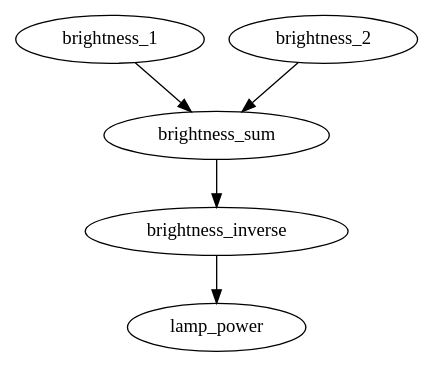
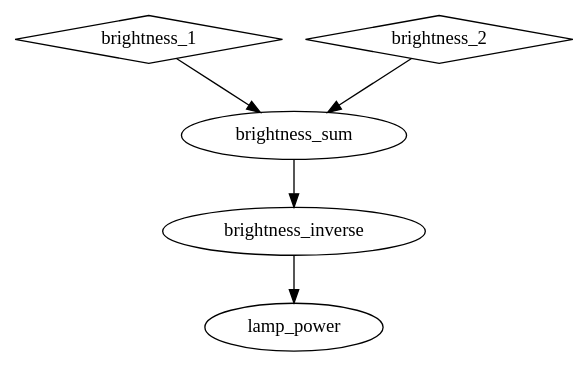
The second of 3 diagrams in docs/examples/home-automation.rst (akaihola/lusmu), drawn with Graphviz before and after one commit. The commit also changed other lines of this file and 3 other files, not shown here.

```diff
--- a/docs/examples/home-automation.rst
+++ b/docs/examples/home-automation.rst
@@ -64,8 +67,10 @@
 .. graphviz::
 
    digraph brightness {
-      "brightness_1" -> "brightness_sum";
-      "brightness_2" -> "brightness_sum";
-      "brightness_sum" -> "brightness_inverse";
-      "brightness_inverse" -> "lamp_power";
+      brightness_1 [shape=diamond];
+      brightness_2 [shape=diamond];
+      brightness_1 -> brightness_sum;
+      brightness_2 -> brightness_sum;
+      brightness_sum -> brightness_inverse;
+      brightness_inverse -> lamp_power;
    }
```
